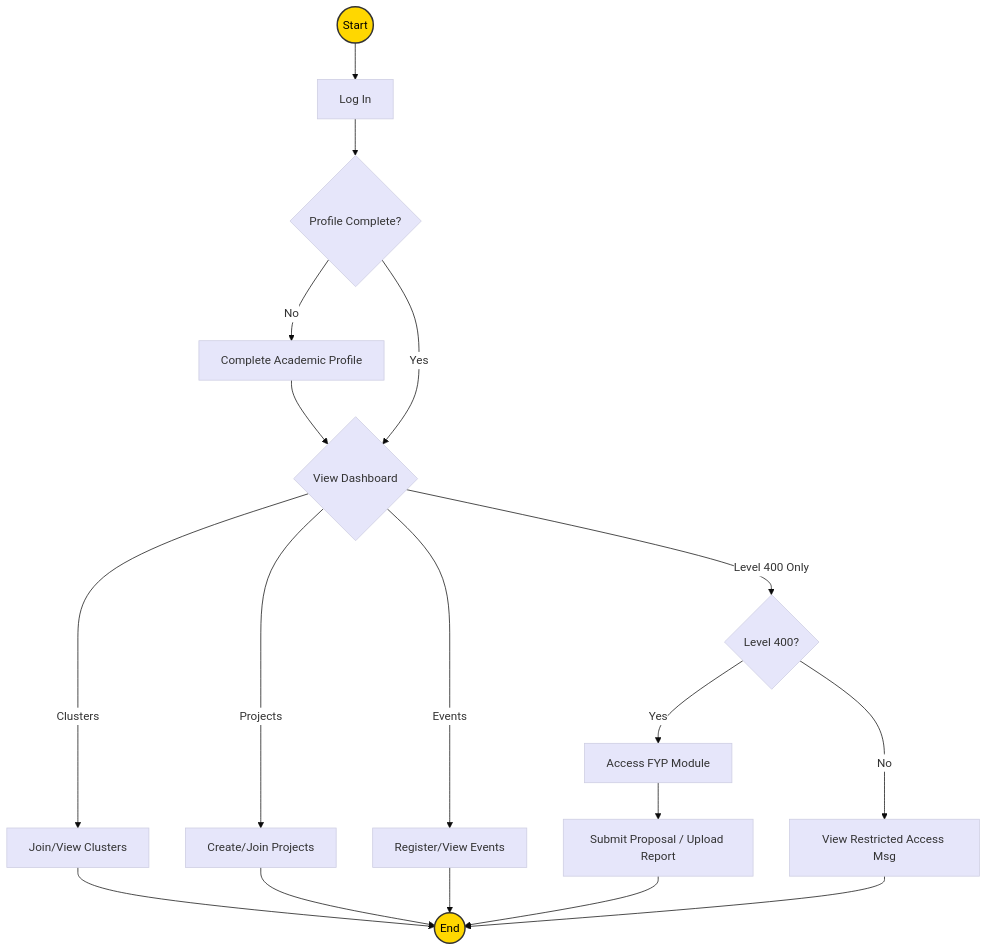
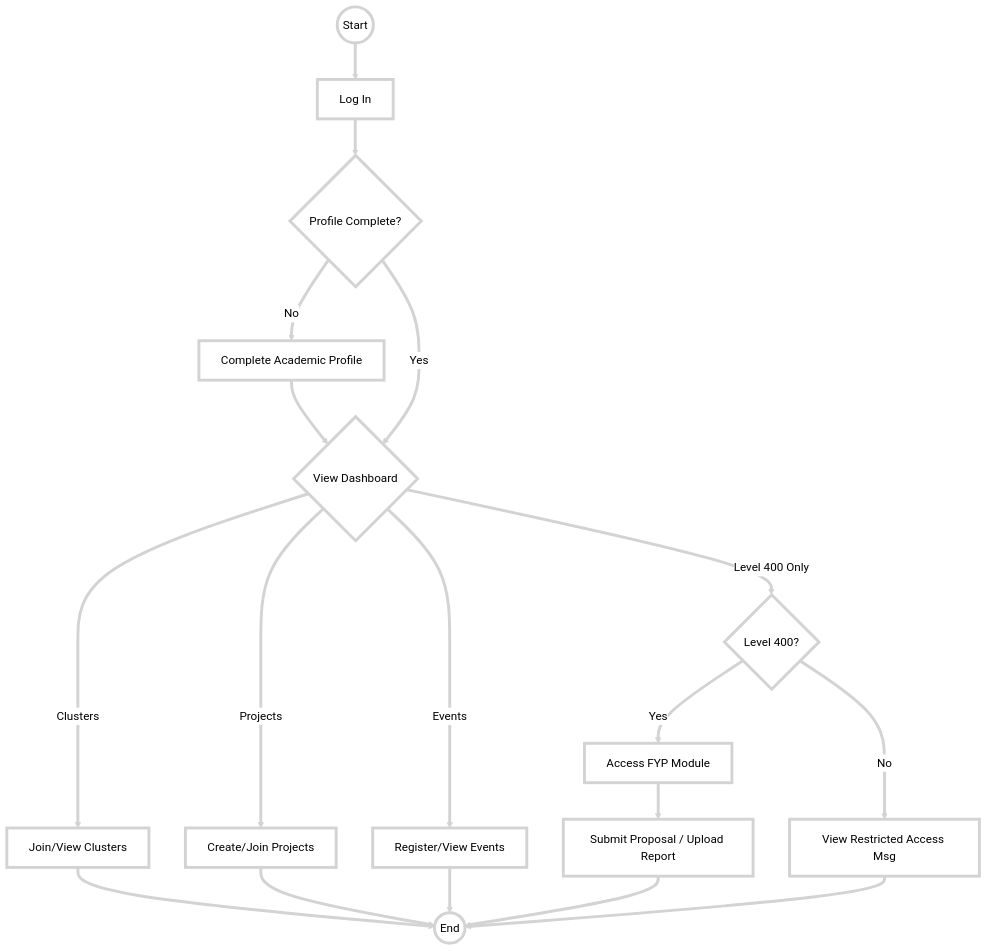
Before and after one commit to devstudentspace/fyb.swebuk: the second of 2 diagrams in app/dashboard/student/README.md, drawn with Mermaid. The commit also changed 4 other files, not shown here.

````diff
--- a/app/dashboard/student/README.md
+++ b/app/dashboard/student/README.md
@@ -90,28 +90,31 @@
 ```mermaid
-%%{init: {'theme': 'base', 'themeVariables': { 'primaryColor': '#E6E6FA', 'edgeLabelBackground':'#ffffff', 'tertiaryColor': '#f4f4f4'}}}%%
+%%{init: {'theme': 'base', 'themeVariables': { 'mainBkg': '#ffffff', 'primaryColor': '#ffffff', 'primaryTextColor': '#000000', 'primaryBorderColor': '#d3d3d3', 'lineColor': '#d3d3d3'}}}%%
 flowchart TD
+    classDef default fill:#ffffff,stroke:#d3d3d3,stroke-width:4px,color:#000;
+    linkStyle default stroke:#d3d3d3,stroke-width:4px;
+
     Start((Start)) --> Login[Log In]
     Login --> Profile{Profile Complete?}
     
     Profile -->|No| Setup[Complete Academic Profile]
     Setup --> Dashboard
     Profile -->|Yes| Dashboard{View Dashboard}
     
     Dashboard -->|Clusters| ClusterAct[Join/View Clusters]
     Dashboard -->|Projects| ProjectAct[Create/Join Projects]
     Dashboard -->|Events| EventAct[Register/View Events]
     
     Dashboard -->|Level 400 Only| FYP{Level 400?}
     FYP -->|Yes| AccessFYP[Access FYP Module]
     AccessFYP --> FYPAction[Submit Proposal / Upload Report]
     FYP -->|No| ViewRestricted[View Restricted Access Msg]
     
     ClusterAct --> End((End))
     ProjectAct --> End
     EventAct --> End
     FYPAction --> End
     ViewRestricted --> End
     
-    style Start fill:#FFD700,stroke:#333,stroke-width:2px,color:black
-    style End fill:#FFD700,stroke:#333,stroke-width:2px,color:black
+    style Start fill:#ffffff,stroke:#d3d3d3,stroke-width:4px
+    style End fill:#ffffff,stroke:#d3d3d3,stroke-width:4px
 ```
````
